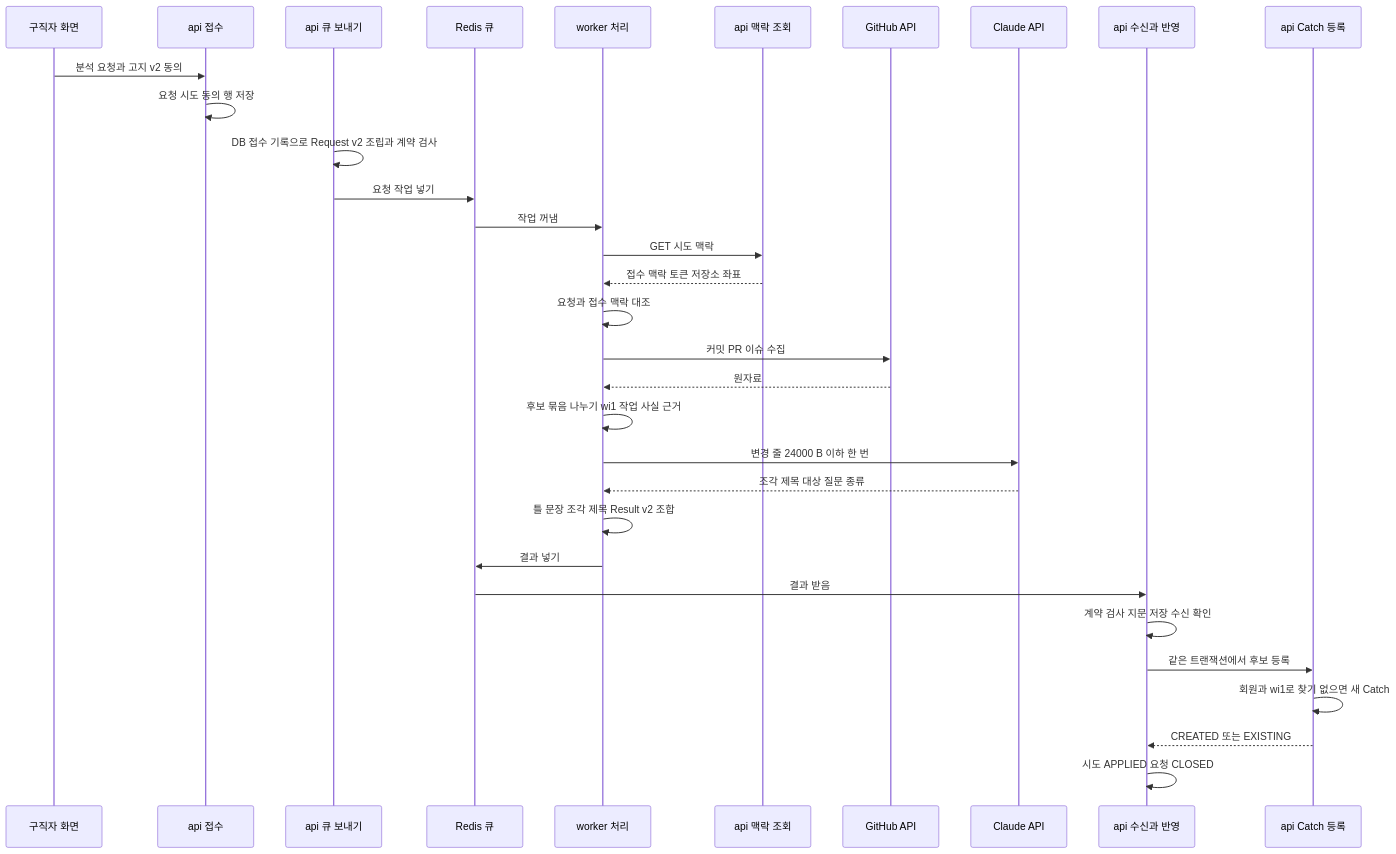
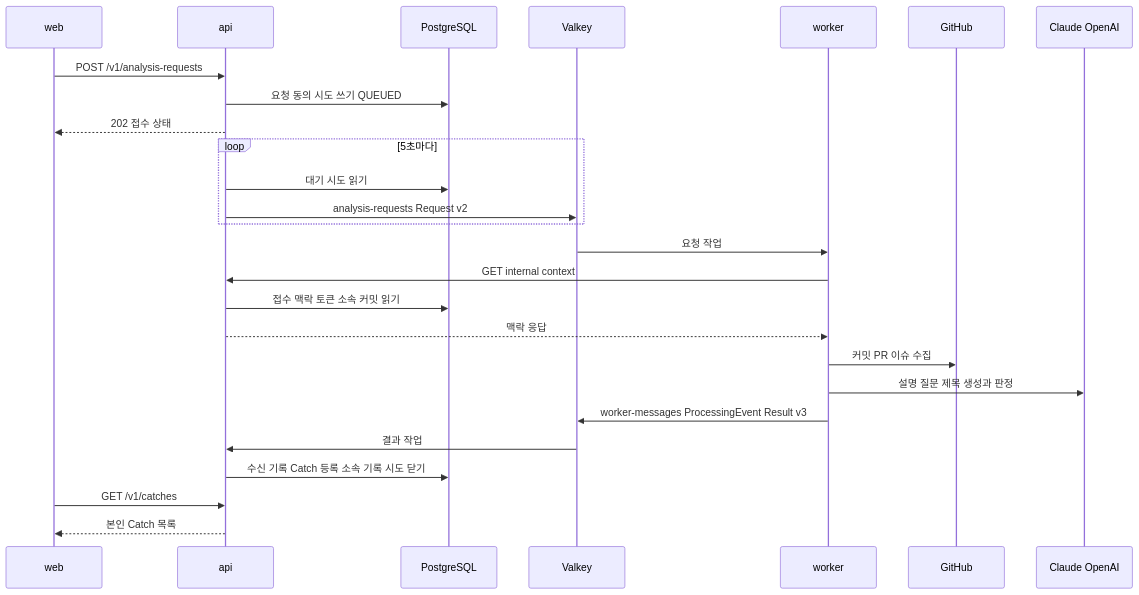
Before and after one commit to JminAILab/CatchU: the second of 4 diagrams in aidlc/spaces/default/codekb/CatchU/architecture.md, drawn with Mermaid. The commit also changed other lines of this file and 12 other files, not shown here.

````diff
--- a/aidlc/spaces/default/codekb/CatchU/architecture.md
+++ b/aidlc/spaces/default/codekb/CatchU/architecture.md
@@ -142,34 +129,28 @@
 ```mermaid
 sequenceDiagram
-  participant U as 구직자 화면
-  participant I as api 접수
-  participant D as api 큐 보내기
-  participant Q as Redis 큐
-  participant W as worker 처리
-  participant X as api 맥락 조회
-  participant G as GitHub API
-  participant C as Claude API
-  participant R as api 수신과 반영
-  participant B as api Catch 등록
-  U->>I: 분석 요청과 고지 v2 동의
-  I->>I: 요청 시도 동의 행 저장
-  D->>D: DB 접수 기록으로 Request v2 조립과 계약 검사
-  D->>Q: 요청 작업 넣기
-  Q->>W: 작업 꺼냄
-  W->>X: GET 시도 맥락
-  X-->>W: 접수 맥락 토큰 저장소 좌표
-  W->>W: 요청과 접수 맥락 대조
-  W->>G: 커밋 PR 이슈 수집
-  G-->>W: 원자료
-  W->>W: 후보 묶음 나누기 wi1 작업 사실 근거
-  W->>C: 변경 줄 24000 B 이하 한 번
-  C-->>W: 조각 제목 대상 질문 종류
-  W->>W: 틀 문장 조각 제목 Result v2 조합
-  W->>Q: 결과 넣기
-  Q->>R: 결과 받음
-  R->>R: 계약 검사 지문 저장 수신 확인
-  R->>B: 같은 트랜잭션에서 후보 등록
-  B->>B: 회원과 wi1로 찾기 없으면 새 Catch
-  B-->>R: CREATED 또는 EXISTING
-  R->>R: 시도 APPLIED 요청 CLOSED
+  participant Web as web
+  participant Api as api
+  participant DB as PostgreSQL
+  participant Q as Valkey
+  participant Wk as worker
+  participant GH as GitHub
+  participant AI as Claude OpenAI
+  Web->>Api: POST /v1/analysis-requests
+  Api->>DB: 요청 동의 시도 쓰기 QUEUED
+  Api-->>Web: 202 접수 상태
+  loop 5초마다
+    Api->>DB: 대기 시도 읽기
+    Api->>Q: analysis-requests Request v2
+  end
+  Q->>Wk: 요청 작업
+  Wk->>Api: GET internal context
+  Api->>DB: 접수 맥락 토큰 소속 커밋 읽기
+  Api-->>Wk: 맥락 응답
+  Wk->>GH: 커밋 PR 이슈 수집
+  Wk->>AI: 설명 질문 제목 생성과 판정
+  Wk->>Q: worker-messages ProcessingEvent Result v3
+  Q->>Api: 결과 작업
+  Api->>DB: 수신 기록 Catch 등록 소속 기록 시도 닫기
+  Web->>Api: GET /v1/catches
+  Api-->>Web: 본인 Catch 목록
 ```
````
